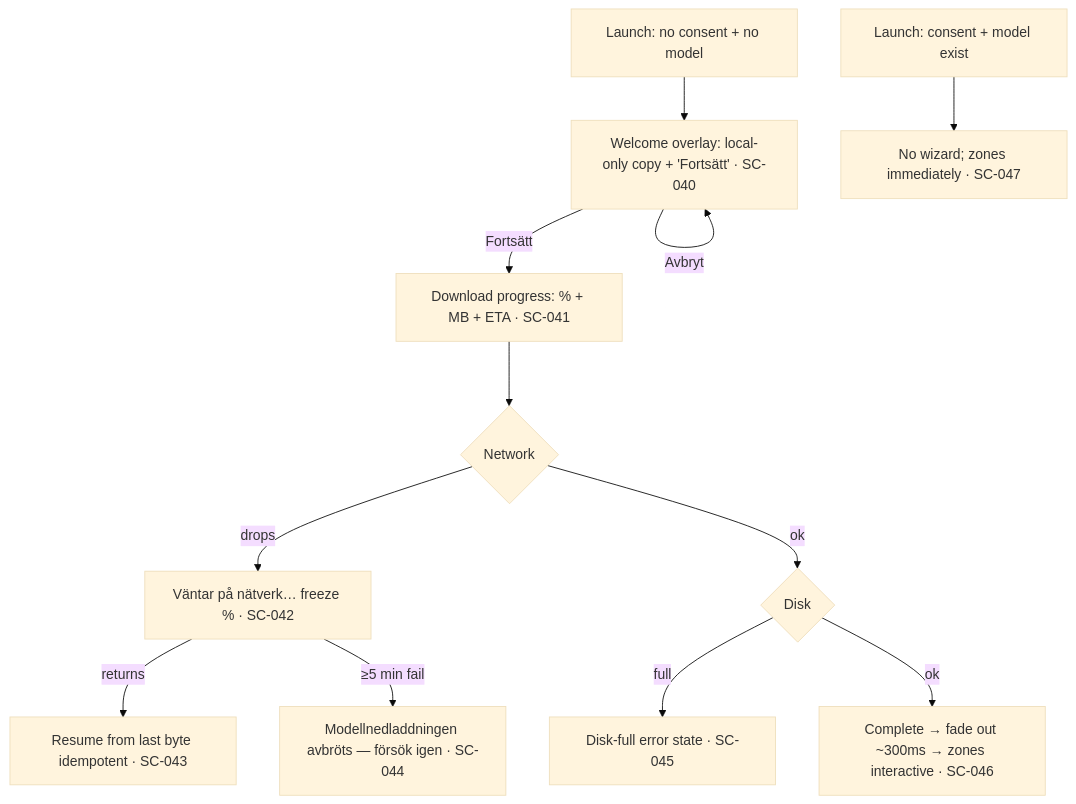
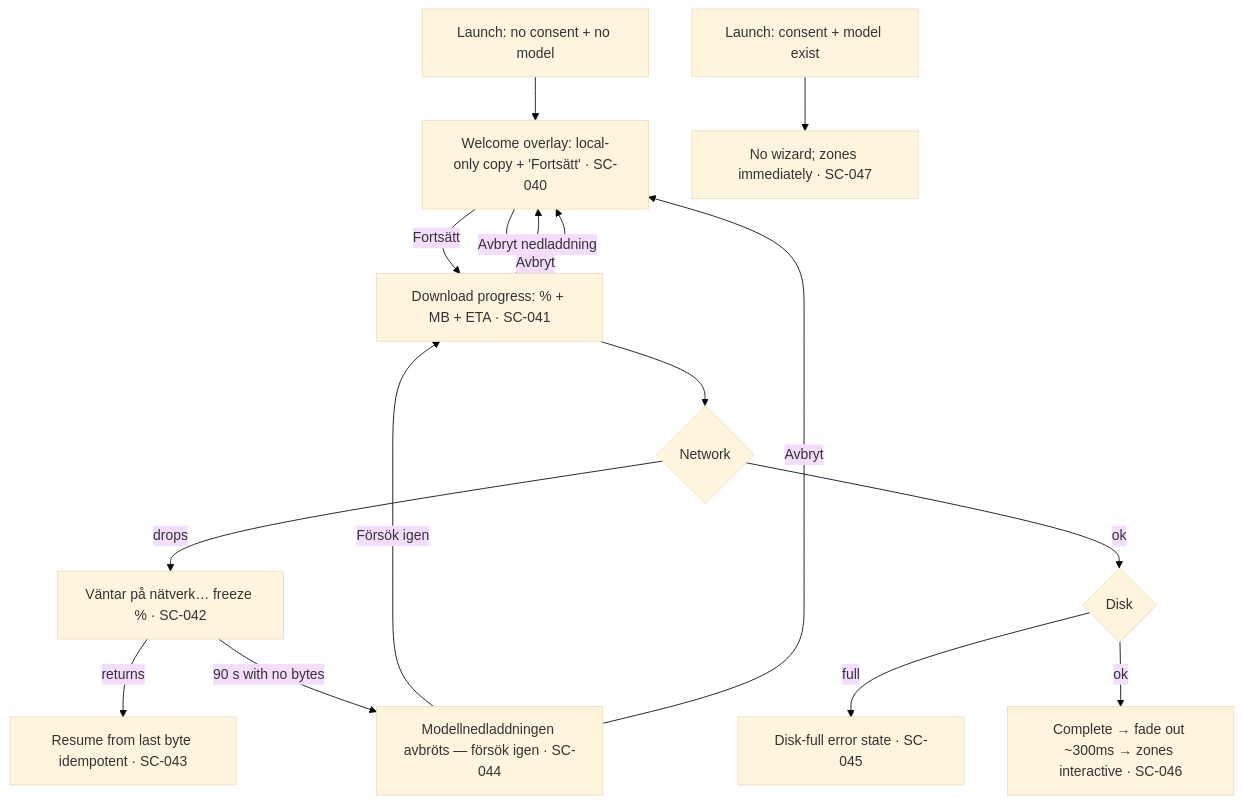
The seventh of 12 diagrams in specs/SCENARIOS.md (johanolofsson72/juradrop), drawn with Mermaid (base theme) before and after one commit. The commit also changed other lines of this file and 37 other files, not shown here.

````diff
--- a/specs/SCENARIOS.md
+++ b/specs/SCENARIOS.md
@@ -194,14 +194,17 @@
 ```mermaid
 flowchart TD
   A[Launch: no consent + no model] --> B[Welcome overlay: local-only copy + 'Fortsätt' · SC-040]
   B -- Avbryt --> B
   B -- Fortsätt --> C[Download progress: % + MB + ETA · SC-041]
   C --> D{Network}
   D -- drops --> E[Väntar på nätverk… freeze % · SC-042]
   E -- returns --> F[Resume from last byte idempotent · SC-043]
-  E -- ≥5 min fail --> G[Modellnedladdningen avbröts — försök igen · SC-044]
+  E -- 90 s with no bytes --> G[Modellnedladdningen avbröts — försök igen · SC-044]
+  G -- Försök igen --> C
+  G -- Avbryt --> B
+  C -- Avbryt nedladdning --> B
   D -- ok --> H{Disk}
   H -- full --> I[Disk-full error state · SC-045]
   H -- ok --> J[Complete → fade out ~300ms → zones interactive · SC-046]
   K[Launch: consent + model exist] --> L[No wizard; zones immediately · SC-047]
 ```
````
